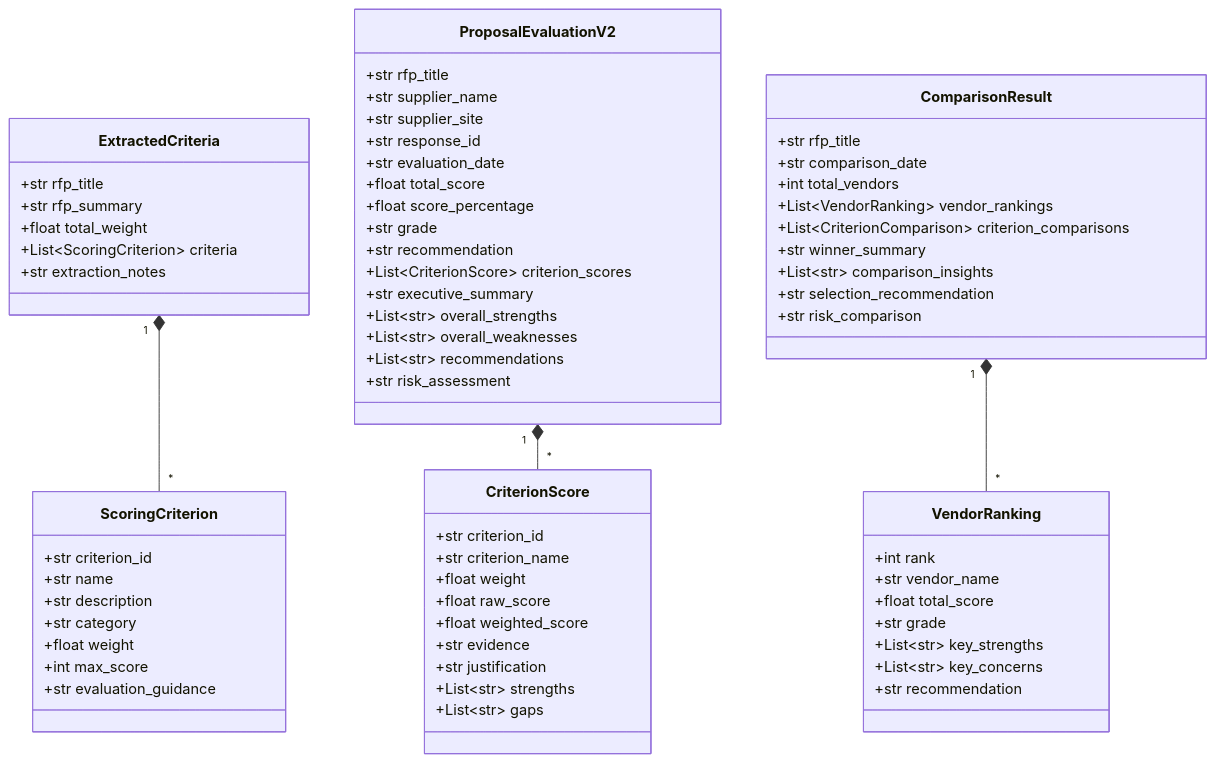
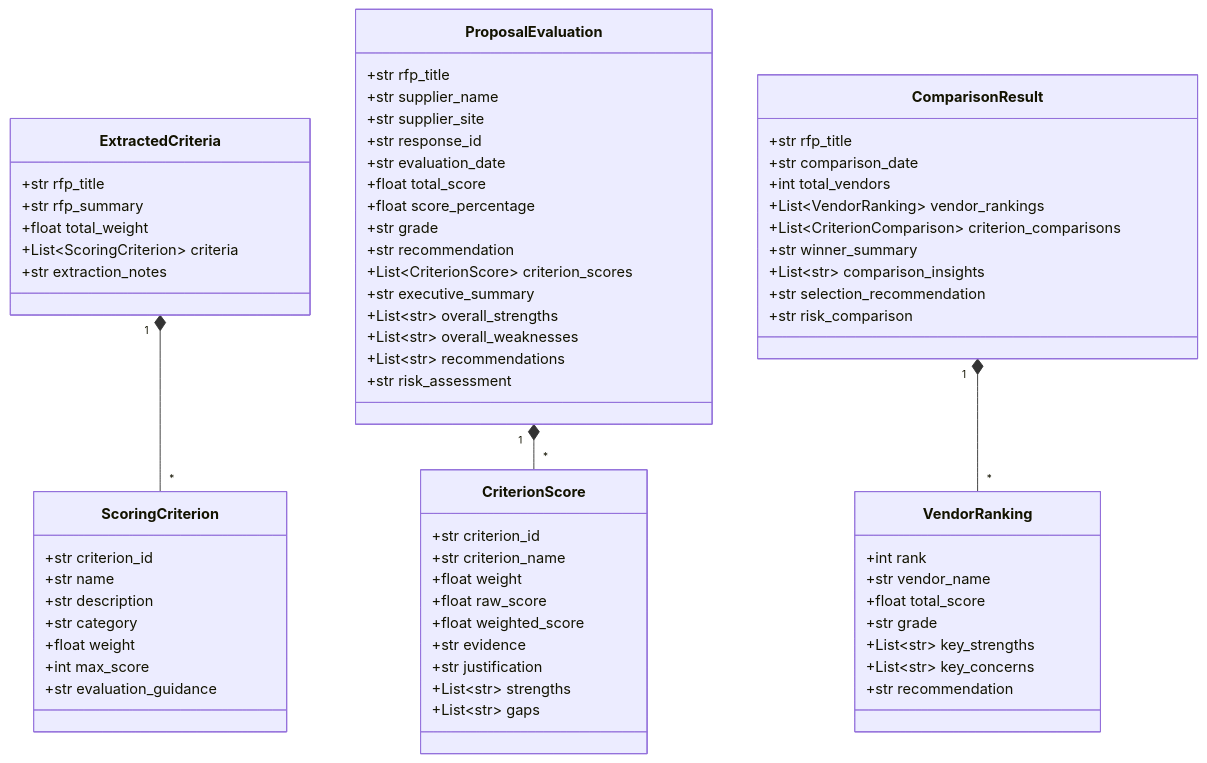
One commit to amgdy/rfp-analyzer changed diagram 20 of 22 in docs/ARCHITECTURE.md. Above: the diagram before and after it, drawn with Mermaid. The commit also changed other lines of this file and 4 other files, not shown here.

````diff
--- a/docs/ARCHITECTURE.md
+++ b/docs/ARCHITECTURE.md
@@ -801,76 +783,76 @@
 ```mermaid
 classDiagram
     class ScoringCriterion {
         +str criterion_id
         +str name
         +str description
         +str category
         +float weight
         +int max_score
         +str evaluation_guidance
     }
     
     class ExtractedCriteria {
         +str rfp_title
         +str rfp_summary
         +float total_weight
         +List~ScoringCriterion~ criteria
         +str extraction_notes
     }
     
     class CriterionScore {
         +str criterion_id
         +str criterion_name
         +float weight
         +float raw_score
         +float weighted_score
         +str evidence
         +str justification
         +List~str~ strengths
         +List~str~ gaps
     }
     
-    class ProposalEvaluationV2 {
+    class ProposalEvaluation {
         +str rfp_title
         +str supplier_name
         +str supplier_site
         +str response_id
         +str evaluation_date
         +float total_score
         +float score_percentage
         +str grade
         +str recommendation
         +List~CriterionScore~ criterion_scores
         +str executive_summary
         +List~str~ overall_strengths
         +List~str~ overall_weaknesses
         +List~str~ recommendations
         +str risk_assessment
     }
     
     class VendorRanking {
         +int rank
         +str vendor_name
         +float total_score
         +str grade
         +List~str~ key_strengths
         +List~str~ key_concerns
         +str recommendation
     }
     
     class ComparisonResult {
         +str rfp_title
         +str comparison_date
         +int total_vendors
         +List~VendorRanking~ vendor_rankings
         +List~CriterionComparison~ criterion_comparisons
         +str winner_summary
         +List~str~ comparison_insights
         +str selection_recommendation
         +str risk_comparison
     }
     
     ExtractedCriteria "1" *-- "*" ScoringCriterion
-    ProposalEvaluationV2 "1" *-- "*" CriterionScore
+    ProposalEvaluation "1" *-- "*" CriterionScore
     ComparisonResult "1" *-- "*" VendorRanking
 ```
````
